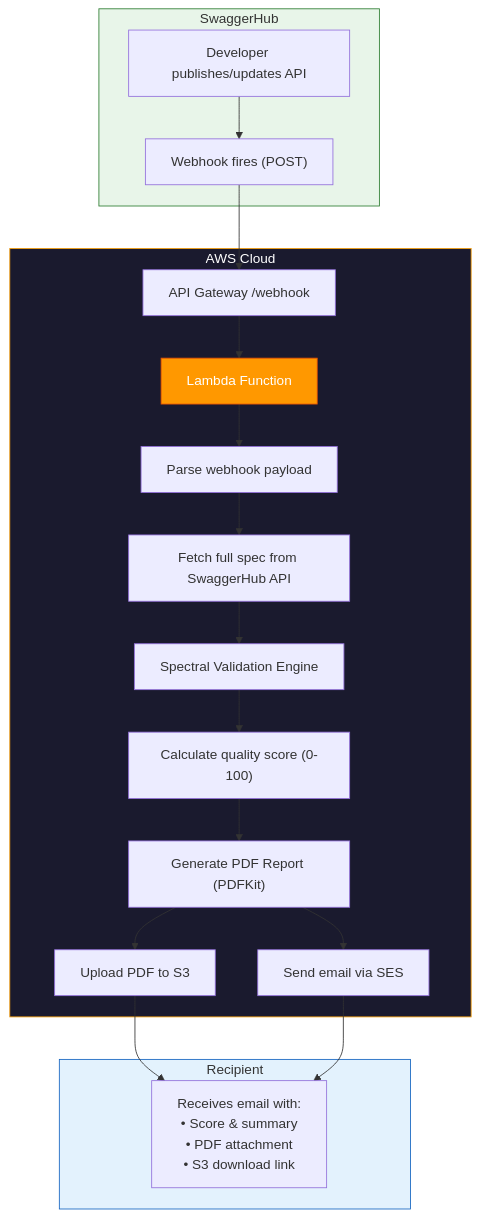
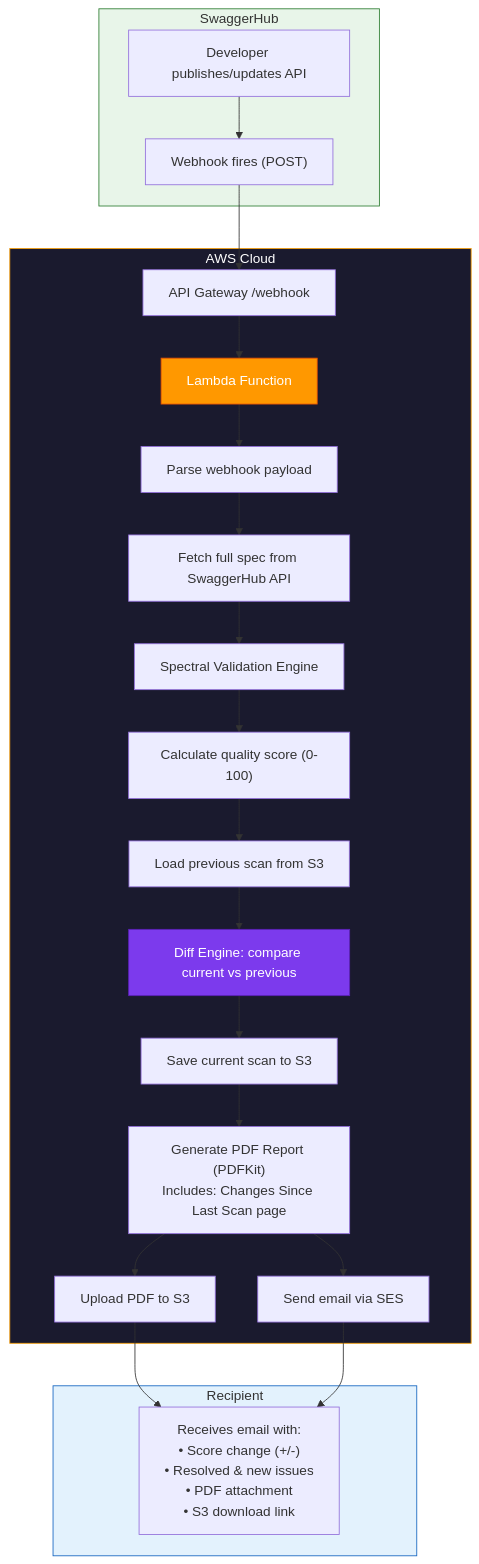
Before and after one commit to WizardPixelz/SwaggerHubReport: the diagram in FLOW_DIAGRAM.md, drawn with Mermaid. The commit also changed 7 other files, not shown here.

Commit message:
Add incremental diff: track scan history, compare changes, show resolved/new issues in PDF and email

````diff
--- a/FLOW_DIAGRAM.md
+++ b/FLOW_DIAGRAM.md
@@ -5,30 +5,34 @@
 ```mermaid
 flowchart TD
     subgraph SH["SwaggerHub"]
         A["Developer publishes/updates API"] --> B["Webhook fires (POST)"]
     end
 
     subgraph AWS["AWS Cloud"]
         C["API Gateway /webhook"] --> D["Lambda Function"]
         D --> E["Parse webhook payload"]
         E --> F["Fetch full spec from SwaggerHub API"]
         F --> G["Spectral Validation Engine"]
         G --> H["Calculate quality score (0-100)"]
-        H --> I["Generate PDF Report (PDFKit)"]
+        H --> H2["Load previous scan from S3"]
+        H2 --> H3["Diff Engine: compare current vs previous"]
+        H3 --> H4["Save current scan to S3"]
+        H4 --> I["Generate PDF Report (PDFKit)\nIncludes: Changes Since Last Scan page"]
         I --> J["Upload PDF to S3"]
         I --> K["Send email via SES"]
     end
 
     subgraph R["Recipient"]
-        L["Receives email with:\n• Score & summary\n• PDF attachment\n• S3 download link"]
+        L["Receives email with:\n• Score change (+/-)\n• Resolved & new issues\n• PDF attachment\n• S3 download link"]
     end
 
     B --> C
     J --> L
     K --> L
 
     style SH fill:#e8f5e9,stroke:#2e7d32
     style AWS fill:#1a1a2e,stroke:#f59e0b,color:#fff
     style R fill:#e3f2fd,stroke:#1565c0
     style D fill:#ff9800,stroke:#e65100,color:#fff
+    style H3 fill:#7c3aed,stroke:#5b21b6,color:#fff
 ```
````
